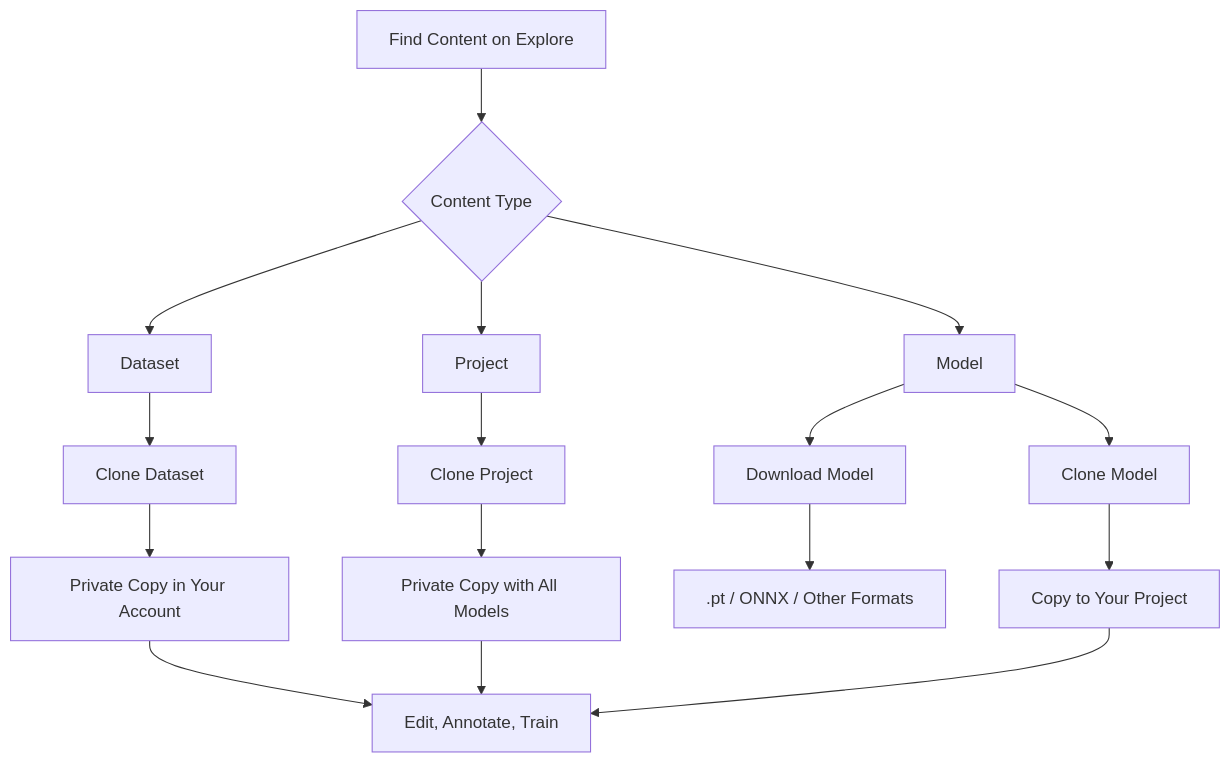
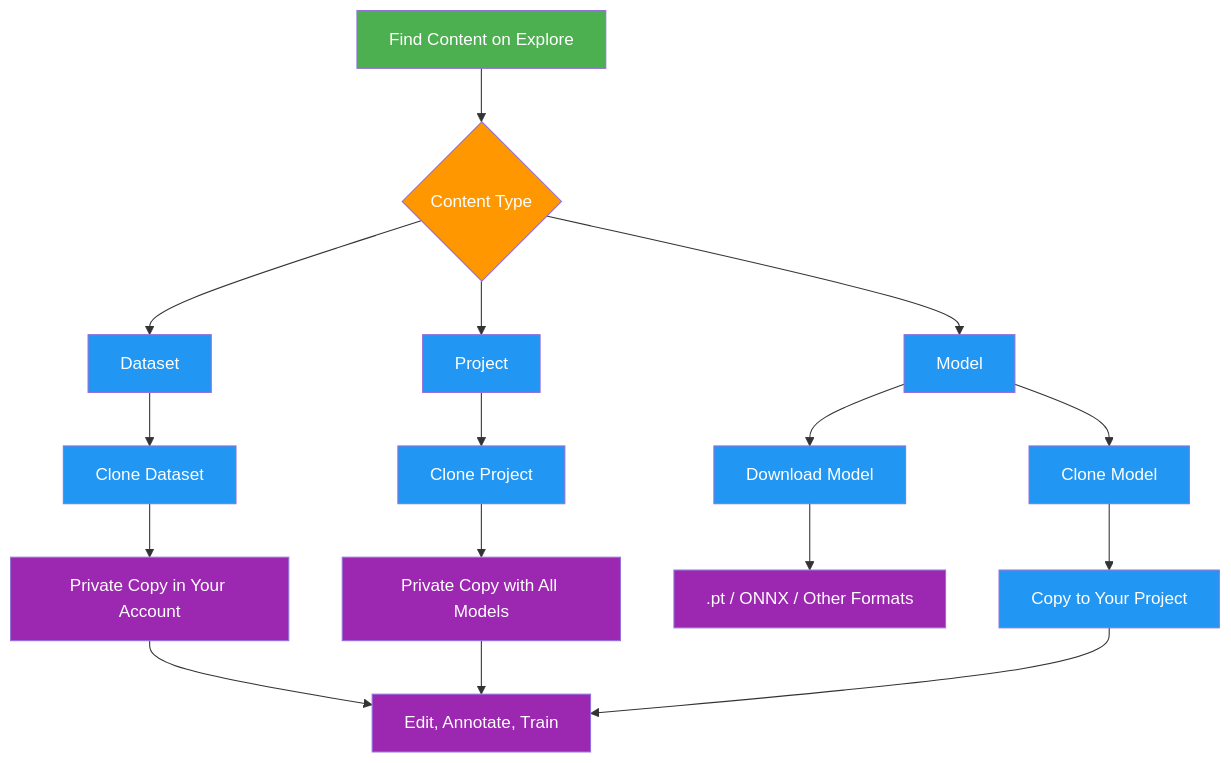
Before and after one commit to Dadalia1917/Yolo-RT-DETR-TrainCode: the second of 3 diagrams in docs/en/platform/explore.md, drawn with Mermaid. The commit also changed other lines of this file and 767 other files, not shown here.

````diff
--- a/docs/en/platform/explore.md
+++ b/docs/en/platform/explore.md
@@ -112,18 +106,23 @@
 ```mermaid
 graph TD
-    A[Find Content on Explore] --> B{Content Type}
-    B --> C[Dataset]
-    B --> D[Project]
-    B --> E[Model]
-    C --> F[Clone Dataset]
-    D --> G[Clone Project]
-    E --> H[Download Model]
-    E --> I[Clone Model]
-    F --> J[Private Copy in Your Account]
-    G --> K[Private Copy with All Models]
-    H --> L[.pt / ONNX / Other Formats]
-    I --> M[Copy to Your Project]
-    J --> N[Edit, Annotate, Train]
+    A[Find Content on Explore]:::start --> B{Content Type}:::decide
+    B --> C[Dataset]:::proc
+    B --> D[Project]:::proc
+    B --> E[Model]:::proc
+    C --> F[Clone Dataset]:::proc
+    D --> G[Clone Project]:::proc
+    E --> H[Download Model]:::proc
+    E --> I[Clone Model]:::proc
+    F --> J[Private Copy in Your Account]:::out
+    G --> K[Private Copy with All Models]:::out
+    H --> L[.pt / ONNX / Other Formats]:::out
+    I --> M[Copy to Your Project]:::proc
+    J --> N[Edit, Annotate, Train]:::out
     K --> N
     M --> N
+
+    classDef start fill:#4CAF50,color:#fff
+    classDef proc fill:#2196F3,color:#fff
+    classDef decide fill:#FF9800,color:#fff
+    classDef out fill:#9C27B0,color:#fff
 ```
````
